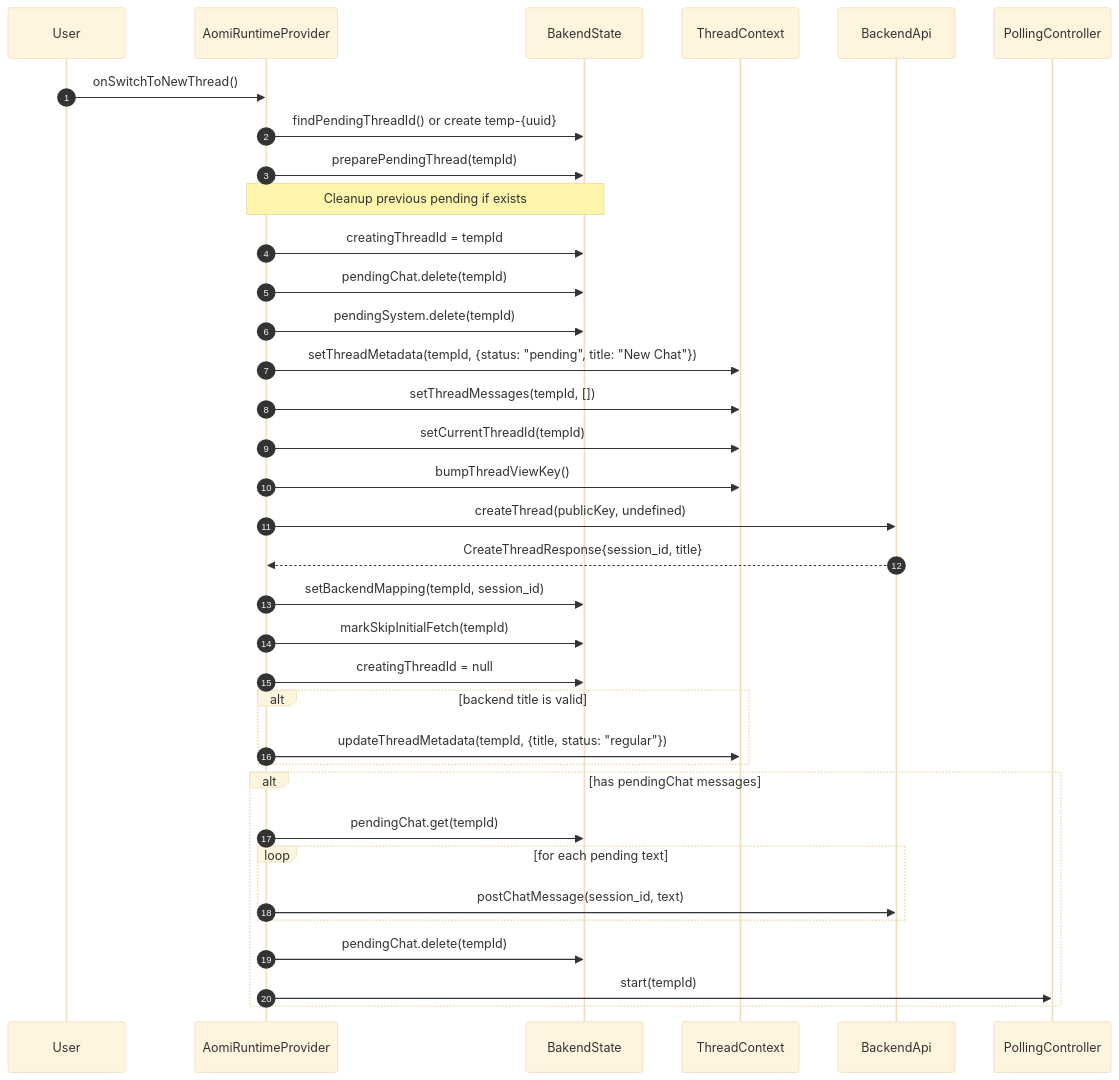
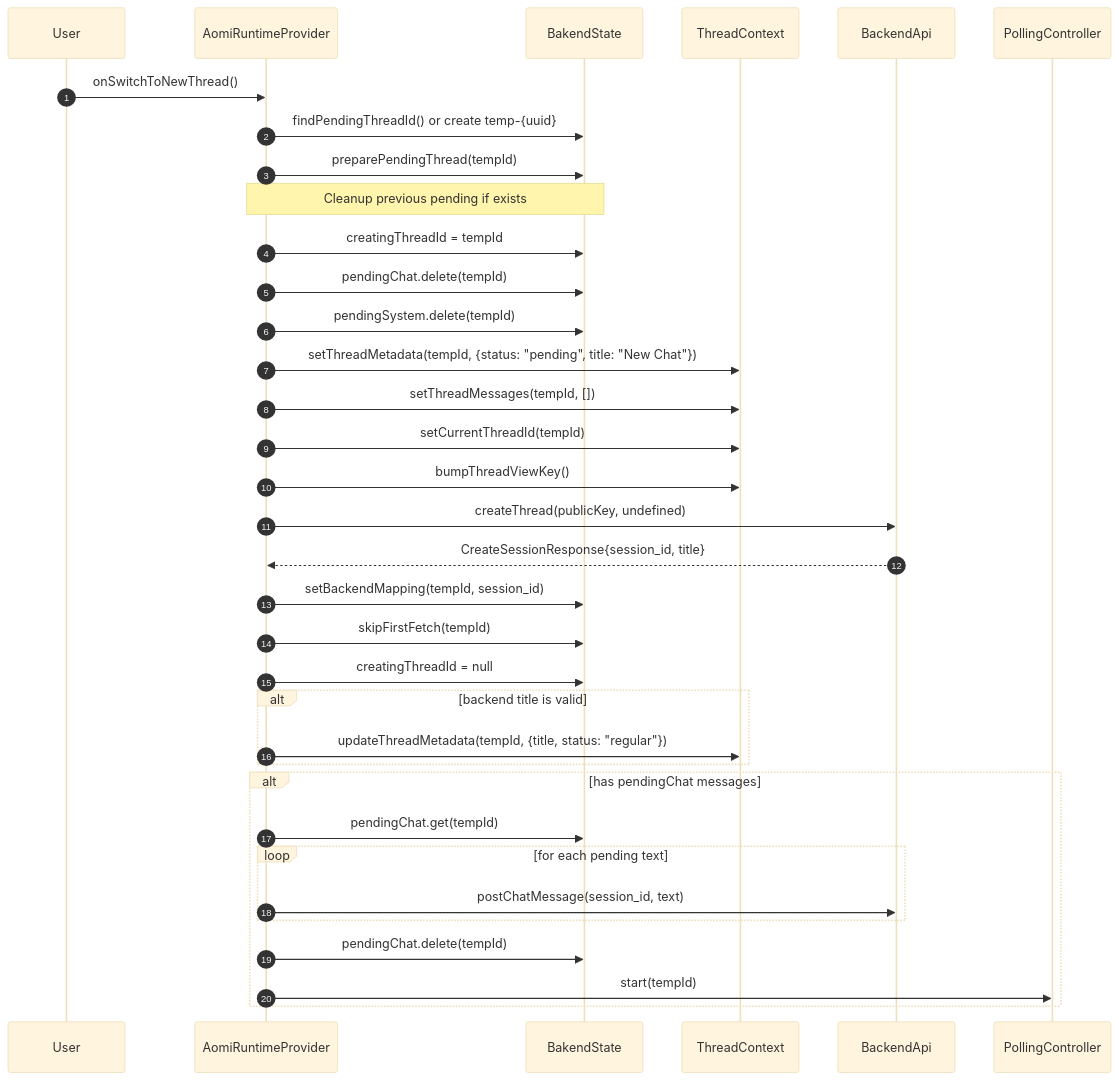
The fourth of 5 diagrams in packages/react/src/runtime/RUNTIME-DIAGRAMS.md (aomi-labs/aomi-widget), drawn with Mermaid (base theme) before and after one commit. The commit also changed other lines of this file and 29 other files, not shown here.

````diff
--- a/packages/react/src/runtime/RUNTIME-DIAGRAMS.md
+++ b/packages/react/src/runtime/RUNTIME-DIAGRAMS.md
@@ -248,44 +255,44 @@
 ```mermaid
 sequenceDiagram
   autonumber
   participant U as User
   participant AR as AomiRuntimeProvider
   participant BS as BakendState
   participant TC as ThreadContext
   participant API as BackendApi
   participant PC as PollingController
 
   U->>AR: onSwitchToNewThread()
   AR->>BS: findPendingThreadId() or create temp-{uuid}
   AR->>BS: preparePendingThread(tempId)
   
   Note over AR,BS: Cleanup previous pending if exists
   AR->>BS: creatingThreadId = tempId
   AR->>BS: pendingChat.delete(tempId)
   AR->>BS: pendingSystem.delete(tempId)
   
   AR->>TC: setThreadMetadata(tempId, {status: "pending", title: "New Chat"})
   AR->>TC: setThreadMessages(tempId, [])
   AR->>TC: setCurrentThreadId(tempId)
   AR->>TC: bumpThreadViewKey()
   
   AR->>API: createThread(publicKey, undefined)
-  API-->>AR: CreateThreadResponse{session_id, title}
+  API-->>AR: CreateSessionResponse{session_id, title}
   
   AR->>BS: setBackendMapping(tempId, session_id)
-  AR->>BS: markSkipInitialFetch(tempId)
+  AR->>BS: skipFirstFetch(tempId)
   AR->>BS: creatingThreadId = null
   
   alt backend title is valid
     AR->>TC: updateThreadMetadata(tempId, {title, status: "regular"})
   end
   
   alt has pendingChat messages
     AR->>BS: pendingChat.get(tempId)
     loop for each pending text
       AR->>API: postChatMessage(session_id, text)
     end
     AR->>BS: pendingChat.delete(tempId)
     AR->>PC: start(tempId)
   end
 ```
````
